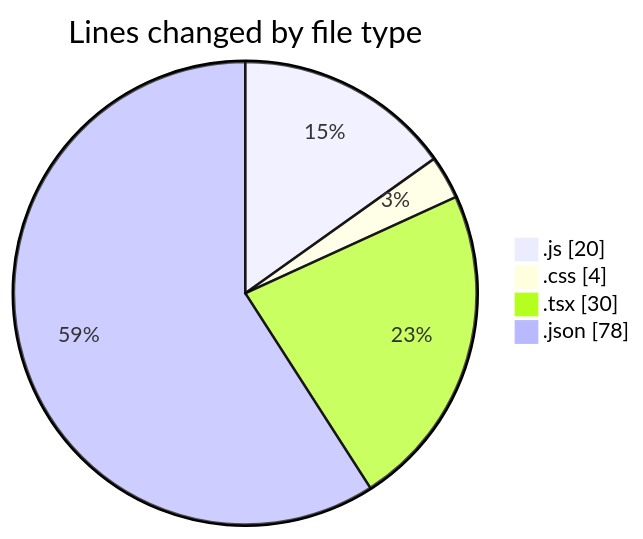
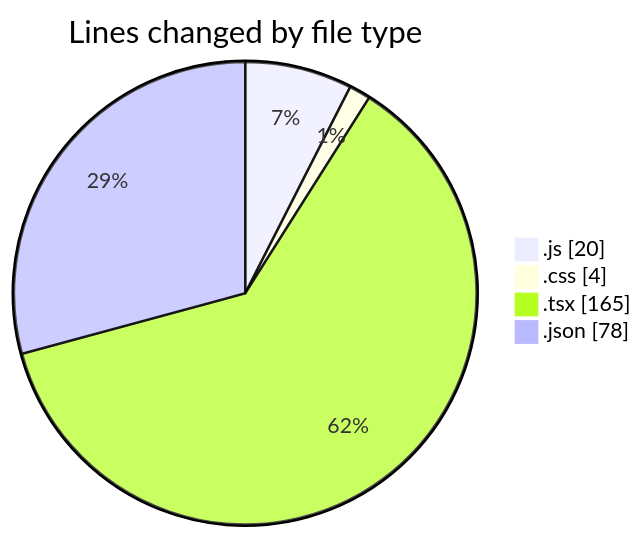
The first of 2 diagrams in 2025-06-19/scopecraft/README.md (Ritupan-Deka/code-tracking), drawn with Mermaid before and after one commit. The commit also changed other lines of this file and 1 other file, not shown here.

````diff
--- a/2025-06-19/scopecraft/README.md
+++ b/2025-06-19/scopecraft/README.md
@@ -26,8 +28,8 @@
 ```mermaid
 pie showData
 title Lines changed by file type
 ".js" : 20
 ".css" : 4
-".tsx" : 30
+".tsx" : 165
 ".json" : 78
 ```
````
